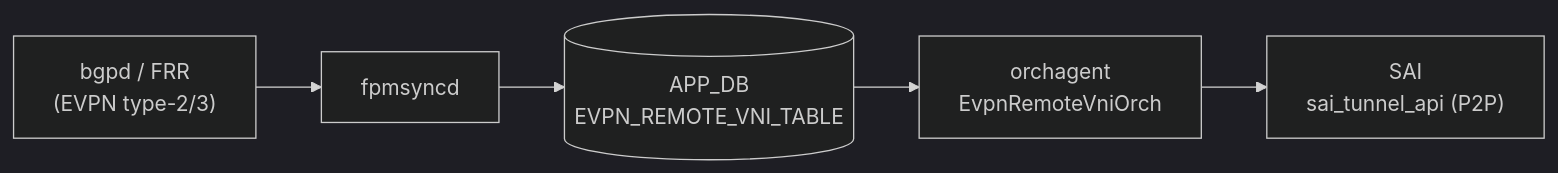
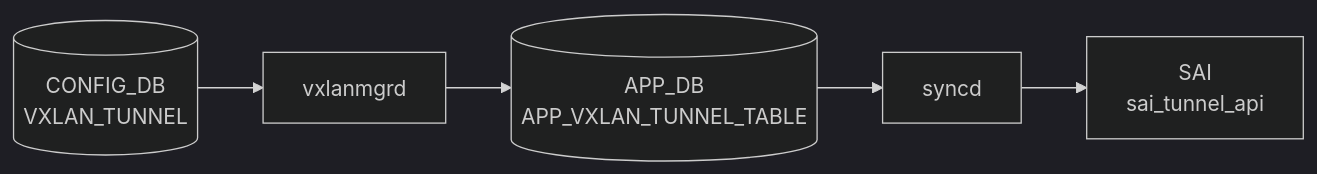
One commit to aoki-taquan/sonic-unofficial-docs changed the diagram in docs/reference/config-db/vxlan-evpn-tunnel.md. Above: the diagram before and after it, drawn with Mermaid (dark theme). The commit also changed other lines of this file and 359 other files, not shown here.

````diff
--- a/docs/reference/config-db/vxlan-evpn-tunnel.md
+++ b/docs/reference/config-db/vxlan-evpn-tunnel.md
@@ -47,10 +47,12 @@
 ```mermaid
 flowchart LR
-  BGP["bgpd / FRR<br/>(EVPN type-2/3)"]
-  FPMSYNCD["fpmsyncd"]
-  APPDB[("APP_DB<br/>EVPN_REMOTE_VNI_TABLE")]
-  BGP --> FPMSYNCD
-  FPMSYNCD --> APPDB
-  APPDB --> ORCH["orchagent<br/>EvpnRemoteVniOrch"]
-  ORCH --> SAI["SAI<br/>sai_tunnel_api (P2P)"]
+  CDB[("CONFIG_DB<br/>VXLAN_TUNNEL")]
+  DM["vxlanmgrd"]
+  CDB --> DM
+  APPDB[("APP_DB<br/>APP_VXLAN_TUNNEL_TABLE")]
+  DM --> APPDB
+  SYNCD["syncd"]
+  APPDB --> SYNCD
+  SAI["SAI<br/>sai_tunnel_api"]
+  SYNCD --> SAI
 ```
````
